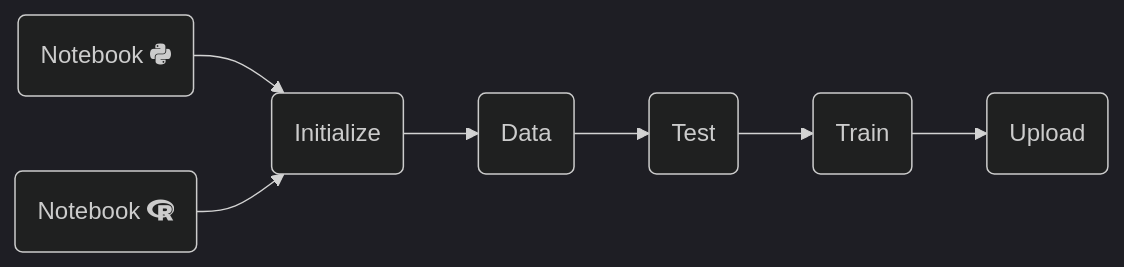
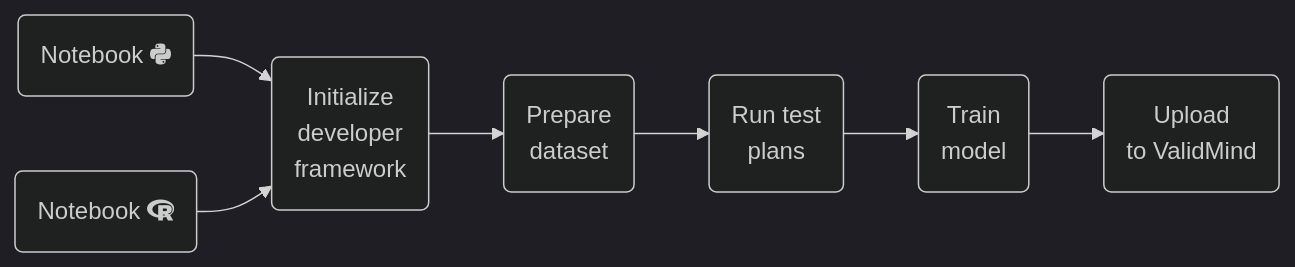
The diagram in site/guide/get-started.qmd (validmind/documentation), drawn with Mermaid (dark theme) before and after one commit. The commit also changed other lines of this file and 6 other files, not shown here.

````diff
--- a/site/guide/get-started.qmd
+++ b/site/guide/get-started.qmd
@@ -10,11 +12,12 @@
 ```{mermaid}
+%%| fig-width: 6.5
 flowchart LR
   A(Notebook <i class='fa-brands fa-python'></i>)
   B(Notebook <i class='fa-brands fa-r-project'></i>)
-  A --> C(Initialize)
+  A --> C(Initialize <br>developer<br>framework)
   B --> C
-  C --> D(Data)
-  D --> E(Test)
-  E --> F(Train)
-  F --> G(Upload)
+  C --> D(Prepare<br>dataset)
+  D --> E(Run test<br>plans)
+  E --> F(Train<br>model)
+  F --> G(Upload<br>to ValidMind)
 ```
````
